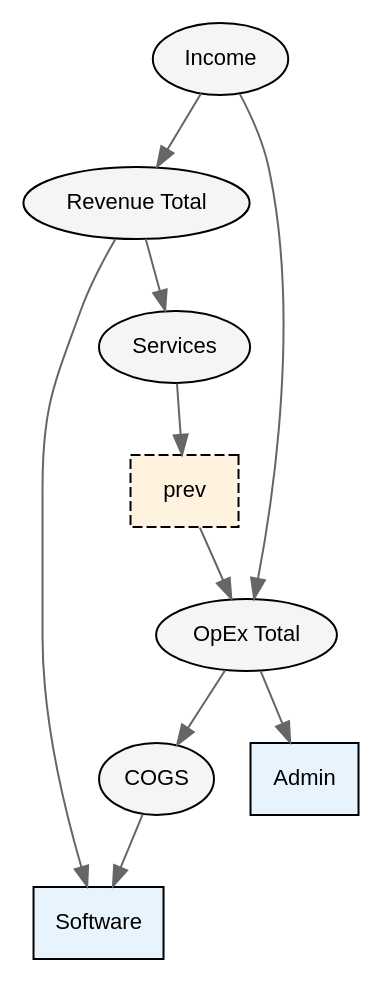
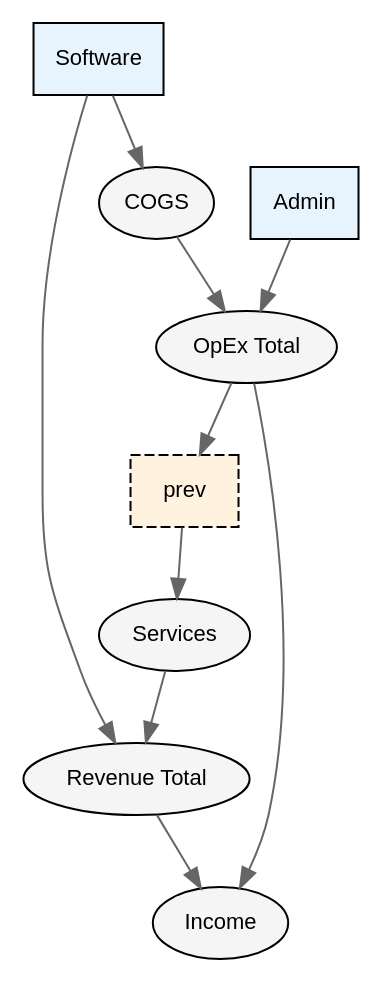
One commit to tmattio/orcaset-oc changed the diagram in next/examples/01-basic-statement/model.dot. Above: the diagram before and after it, drawn with Graphviz. The commit also changed 10 other files, not shown here.

```diff
--- a/next/examples/01-basic-statement/model.dot
+++ b/next/examples/01-basic-statement/model.dot
@@ -1,22 +1,22 @@
 digraph {
   rankdir=TB
   node [fontname="Helvetica" fontsize=11]
   edge [color="#666666"]
   7 [label="Income" shape=ellipse style=filled fillcolor="#F5F5F5"]
   6 [label="Revenue Total" shape=ellipse style=filled fillcolor="#F5F5F5"]
   0 [label="Software" shape=box style=filled fillcolor="#E8F4FD"]
   5 [label="Services" shape=ellipse style=filled fillcolor="#F5F5F5"]
   4 [label="prev" shape=box style="filled,dashed" fillcolor="#FFF3E0"]
   3 [label="OpEx Total" shape=ellipse style=filled fillcolor="#F5F5F5"]
   1 [label="COGS" shape=ellipse style=filled fillcolor="#F5F5F5"]
   2 [label="Admin" shape=box style=filled fillcolor="#E8F4FD"]
-  7 -> 6
-  6 -> 0
-  6 -> 5
-  5 -> 4
-  4 -> 3
-  3 -> 1
-  1 -> 0
-  3 -> 2
-  7 -> 3
+  6 -> 7
+  0 -> 6
+  5 -> 6
+  4 -> 5
+  3 -> 4
+  1 -> 3
+  0 -> 1
+  2 -> 3
+  3 -> 7
 }
```
